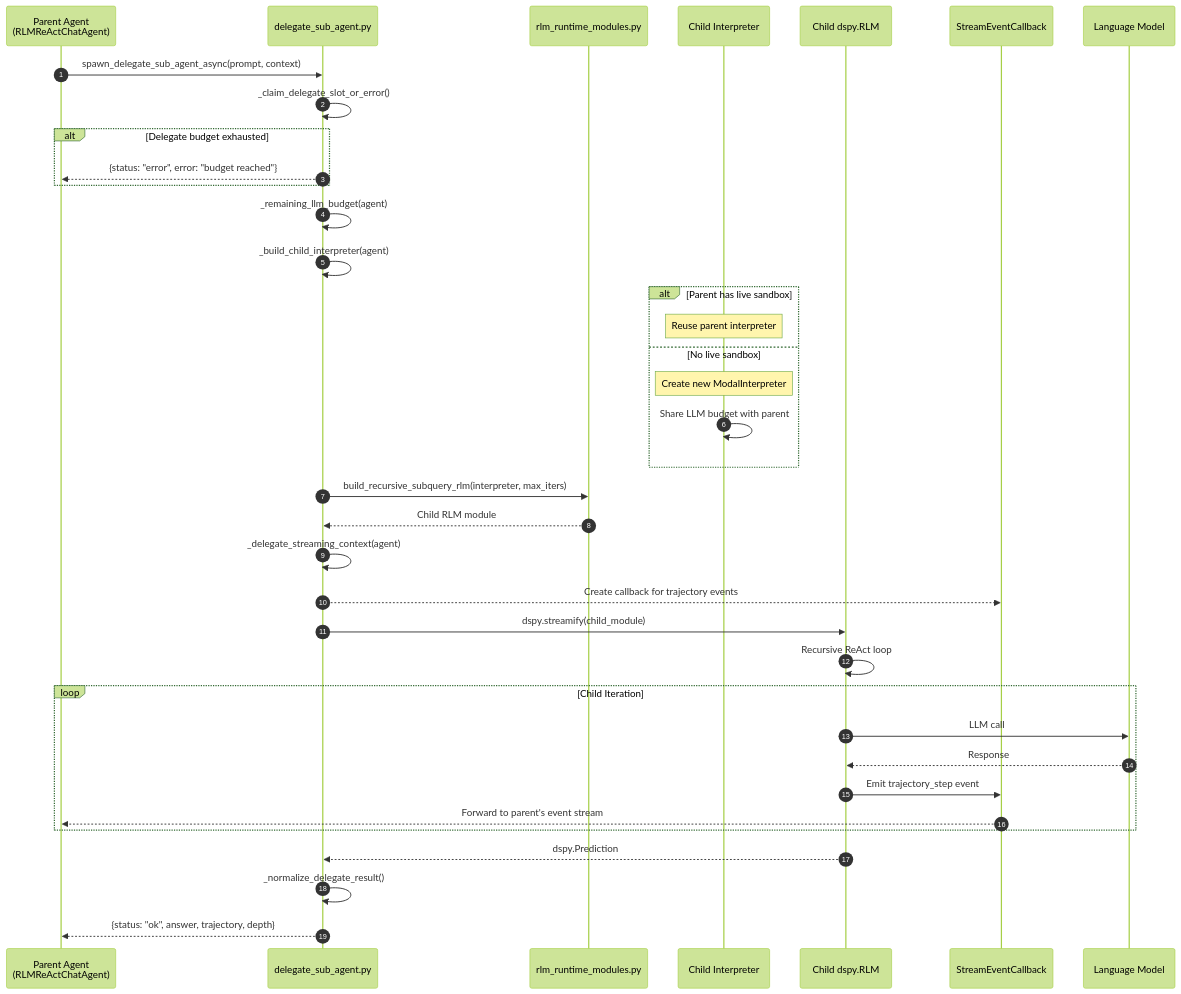
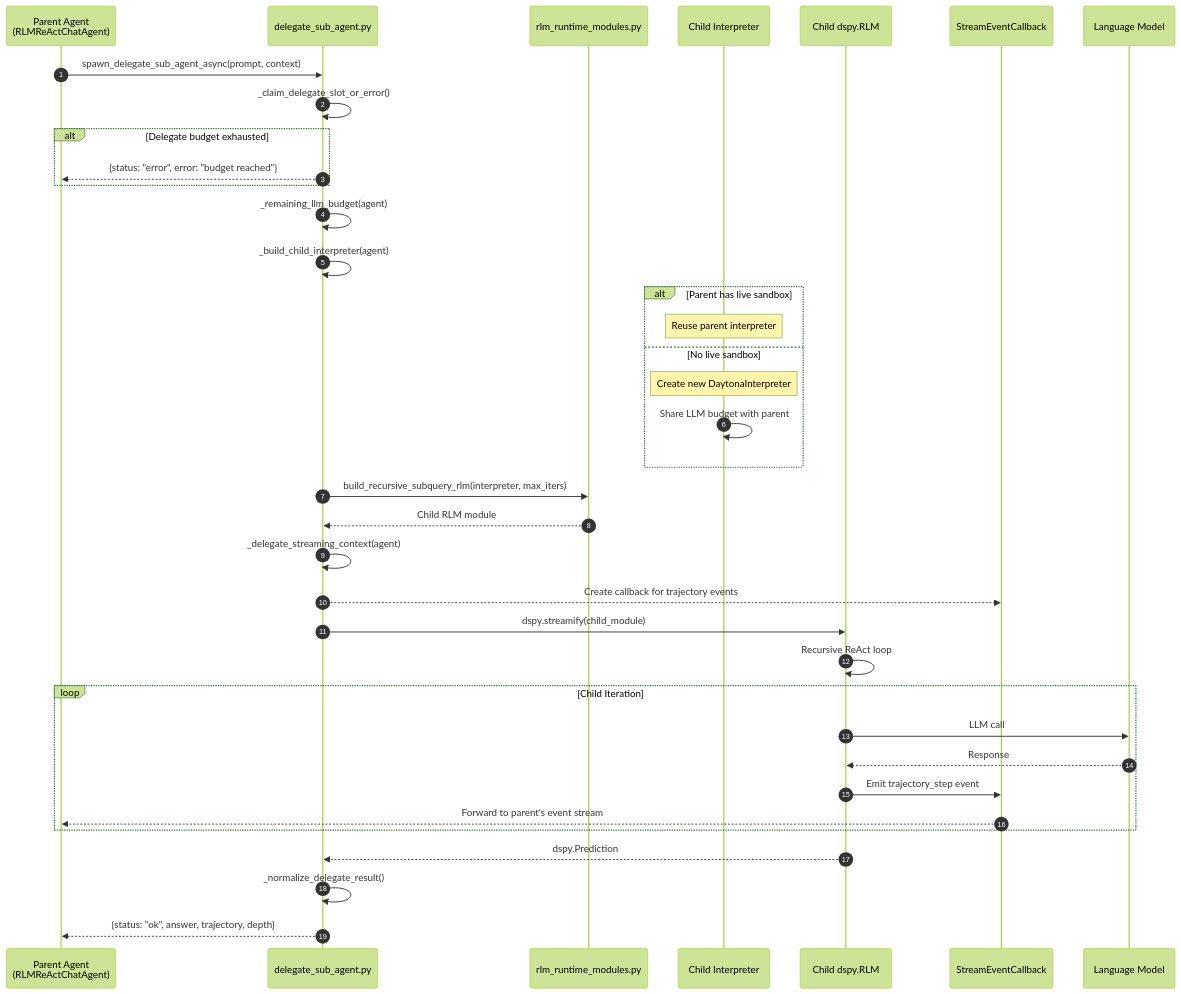
Before and after one commit to Qredence/fleet-rlm: the fifth of 6 diagrams in docs/architecture.md, drawn with Mermaid (forest theme). The commit also changed other lines of this file and 207 other files, not shown here.

Commit message:
refactor!: remove modal runtime surface and finalize daytona-only stack

````diff
--- a/docs/architecture.md
+++ b/docs/architecture.md
@@ -400,48 +399,48 @@
 ```mermaid
 sequenceDiagram
     autonumber
     participant Parent as Parent Agent<br/>(RLMReActChatAgent)
     participant Delegate as delegate_sub_agent.py
     participant Builder as rlm_runtime_modules.py
     participant ChildCtx as Child Interpreter
     participant ChildRLM as Child dspy.RLM
     participant StreamCb as StreamEventCallback
     participant LLM as Language Model
 
     Parent->>Delegate: spawn_delegate_sub_agent_async(prompt, context)
     Delegate->>Delegate: _claim_delegate_slot_or_error()
 
     alt Delegate budget exhausted
         Delegate-->>Parent: {status: "error", error: "budget reached"}
     end
 
     Delegate->>Delegate: _remaining_llm_budget(agent)
     Delegate->>Delegate: _build_child_interpreter(agent)
 
     alt Parent has live sandbox
         Note over ChildCtx: Reuse parent interpreter
     else No live sandbox
-        Note over ChildCtx: Create new ModalInterpreter
+        Note over ChildCtx: Create new DaytonaInterpreter
         ChildCtx->>ChildCtx: Share LLM budget with parent
     end
 
     Delegate->>Builder: build_recursive_subquery_rlm(interpreter, max_iters)
     Builder-->>Delegate: Child RLM module
 
     Delegate->>Delegate: _delegate_streaming_context(agent)
     Delegate-->>StreamCb: Create callback for trajectory events
 
     Delegate->>ChildRLM: dspy.streamify(child_module)
     ChildRLM->>ChildRLM: Recursive ReAct loop
 
     loop Child Iteration
         ChildRLM->>LLM: LLM call
         LLM-->>ChildRLM: Response
         ChildRLM->>StreamCb: Emit trajectory_step event
         StreamCb-->>Parent: Forward to parent's event stream
     end
 
     ChildRLM-->>Delegate: dspy.Prediction
     Delegate->>Delegate: _normalize_delegate_result()
     Delegate-->>Parent: {status: "ok", answer, trajectory, depth}
 ```
````
